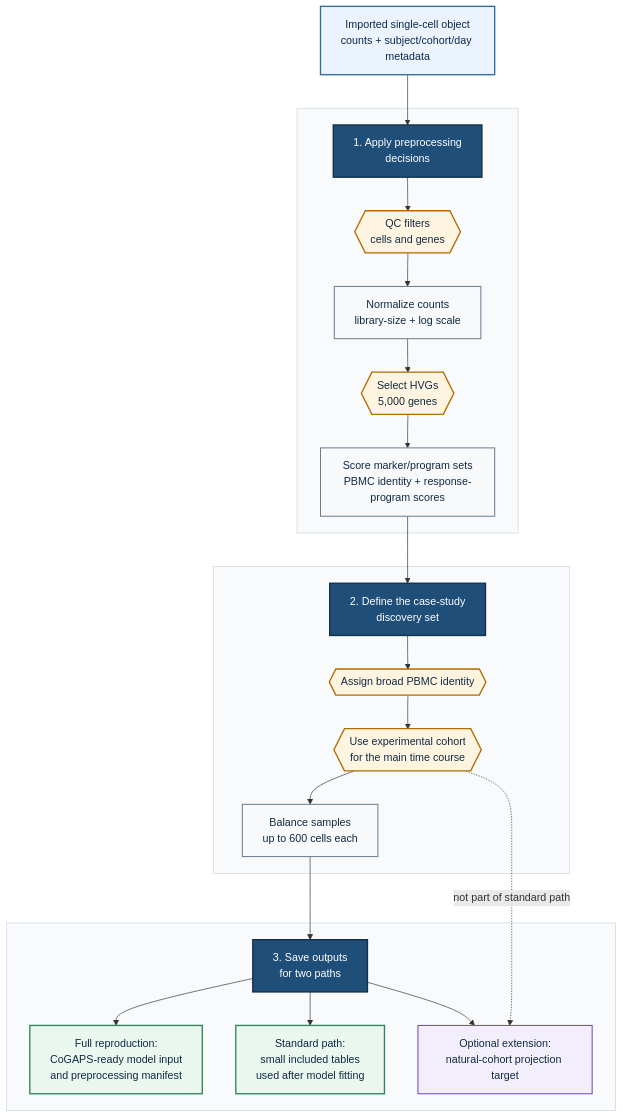
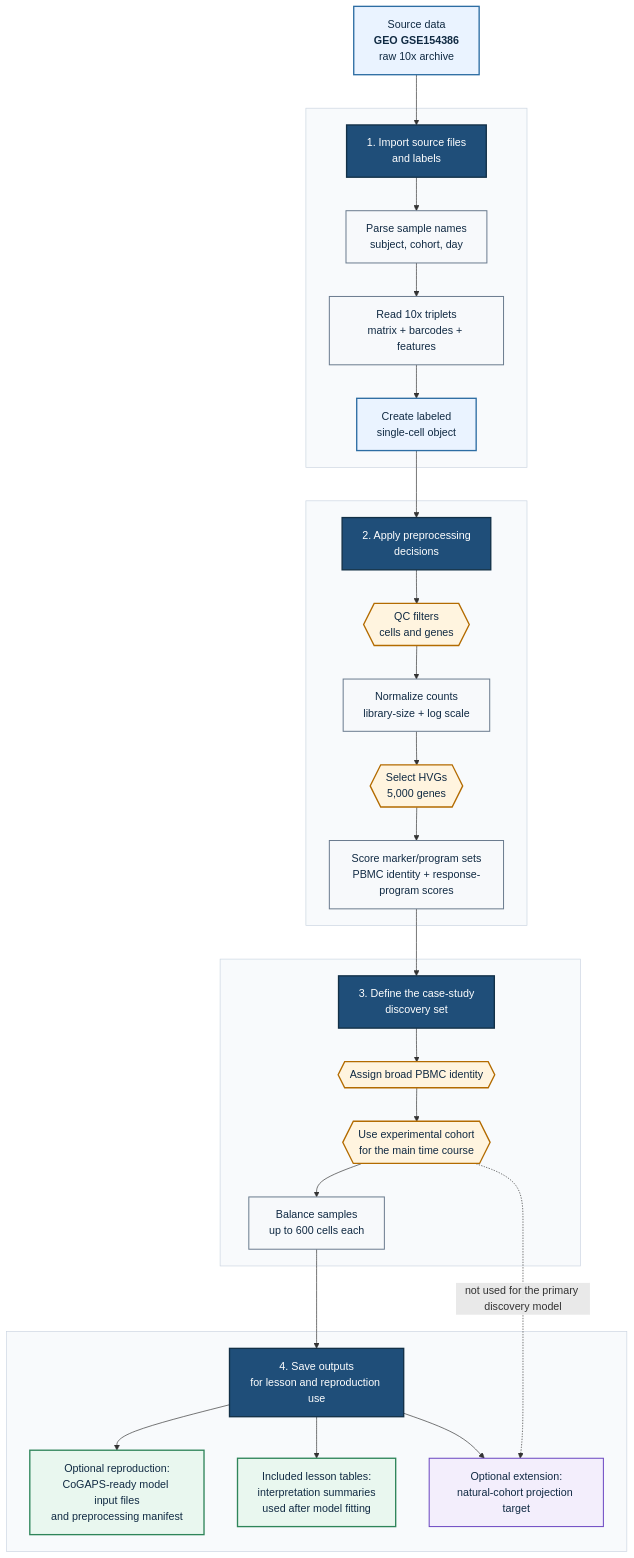
One commit to opencasestudies/ocs-bio-temporal changed the diagram in _data_wrangling.qmd. Above: the diagram before and after it, drawn with Mermaid. The commit also changed other lines of this file and 42 other files, not shown here.

Commit message:
Revise CS5 core learner analysis flow

````diff
--- a/_data_wrangling.qmd
+++ b/_data_wrangling.qmd
@@ -159,43 +75,51 @@
 ```{mermaid}
 flowchart TB
   classDef source fill:#eaf3ff,stroke:#2d6da3,stroke-width:2px,color:#102a43
   classDef process fill:#f7f9fb,stroke:#6b7c8f,stroke-width:1.5px,color:#102a43
   classDef decision fill:#fff4df,stroke:#b36b00,stroke-width:2px,color:#102a43
   classDef output fill:#e9f7ef,stroke:#2f855a,stroke-width:2px,color:#102a43
   classDef note fill:#f3eefc,stroke:#6b46c1,stroke-width:1.5px,color:#102a43
   classDef stage fill:#1f4e79,stroke:#123047,stroke-width:2px,color:#ffffff
 
-  A["Imported single-cell object<br/>counts + subject/cohort/day metadata"]:::source
+  A["Source data<br/><b>GEO GSE154386</b><br/>raw 10x archive"]:::source
+
+  subgraph S0[" "]
+    P0["1. Import source files<br/>and labels"]:::stage
+    B["Parse sample names<br/>subject, cohort, day"]:::process
+    C["Read 10x triplets<br/>matrix + barcodes + features"]:::process
+    D["Create labeled<br/>single-cell object"]:::source
+  end
 
   subgraph S1[" "]
-    P1["1. Apply preprocessing<br/>decisions"]:::stage
+    P1["2. Apply preprocessing<br/>decisions"]:::stage
     E{{"QC filters<br/>cells and genes"}}:::decision
     F["Normalize counts<br/>library-size + log scale"]:::process
     G{{"Select HVGs<br/>5,000 genes"}}:::decision
     H["Score marker/program sets<br/>PBMC identity + response-program scores"]:::process
   end
 
   subgraph S2[" "]
-    P2["2. Define the case-study<br/>discovery set"]:::stage
+    P2["3. Define the case-study<br/>discovery set"]:::stage
     I{{"Assign broad PBMC identity"}}:::decision
     J{{"Use experimental cohort<br/>for the main time course"}}:::decision
     K["Balance samples<br/>up to 600 cells each"]:::process
   end
 
   subgraph S3[" "]
-    P3["3. Save outputs<br/>for two paths"]:::stage
-    L["Full reproduction:<br/>CoGAPS-ready model input<br/>and preprocessing manifest"]:::output
-    M["Standard path:<br/>small included tables<br/>used after model fitting"]:::output
+    P3["4. Save outputs<br/>for lesson and reproduction use"]:::stage
+    L["Optional reproduction:<br/>CoGAPS-ready model input files<br/>and preprocessing manifest"]:::output
+    M["Included lesson tables:<br/>interpretation summaries<br/>used after model fitting"]:::output
     N["Optional extension:<br/>natural-cohort projection target"]:::note
   end
 
-  A --> P1 --> E --> F --> G --> H --> P2 --> I --> J --> K --> P3
+  A --> P0 --> B --> C --> D --> P1 --> E --> F --> G --> H --> P2 --> I --> J --> K --> P3
   P3 --> M
   P3 --> L
   P3 --> N
-  J -. "not part of standard path" .-> N
+  J -. "not used for the primary discovery model" .-> N
 
+  style S0 fill:#f8fafc,stroke:#cbd5e1,stroke-width:1px,color:#102a43
   style S1 fill:#f8fafc,stroke:#cbd5e1,stroke-width:1px,color:#102a43
   style S2 fill:#f8fafc,stroke:#cbd5e1,stroke-width:1px,color:#102a43
   style S3 fill:#f8fafc,stroke:#cbd5e1,stroke-width:1px,color:#102a43
 ```
````
